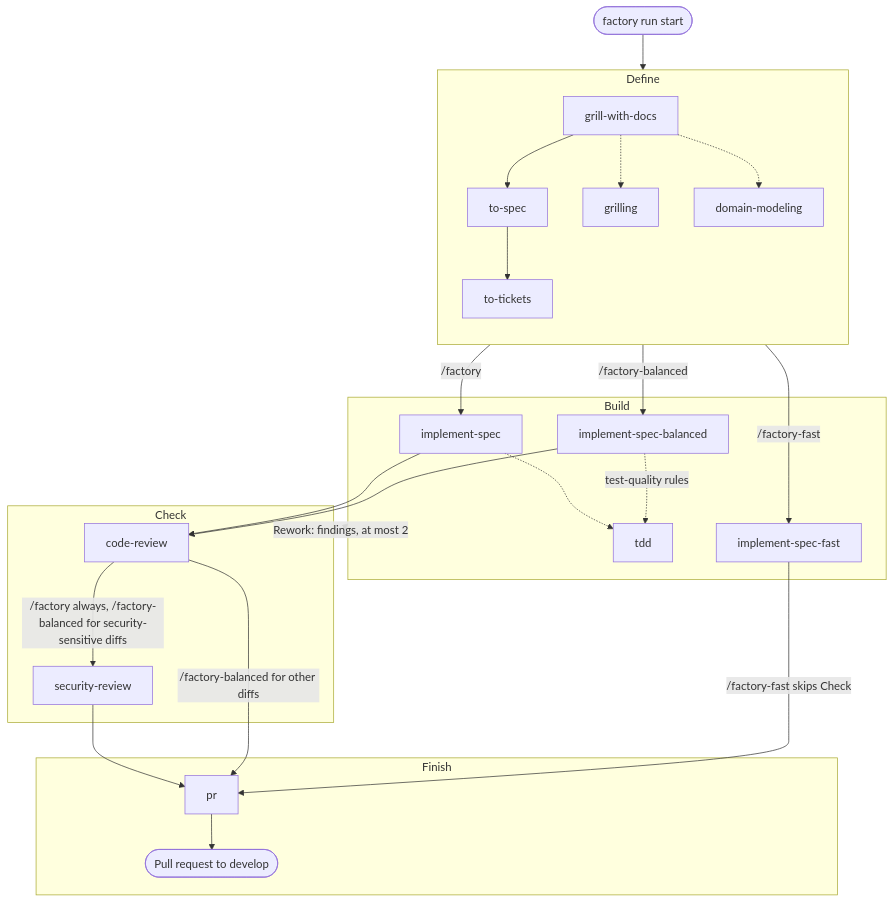
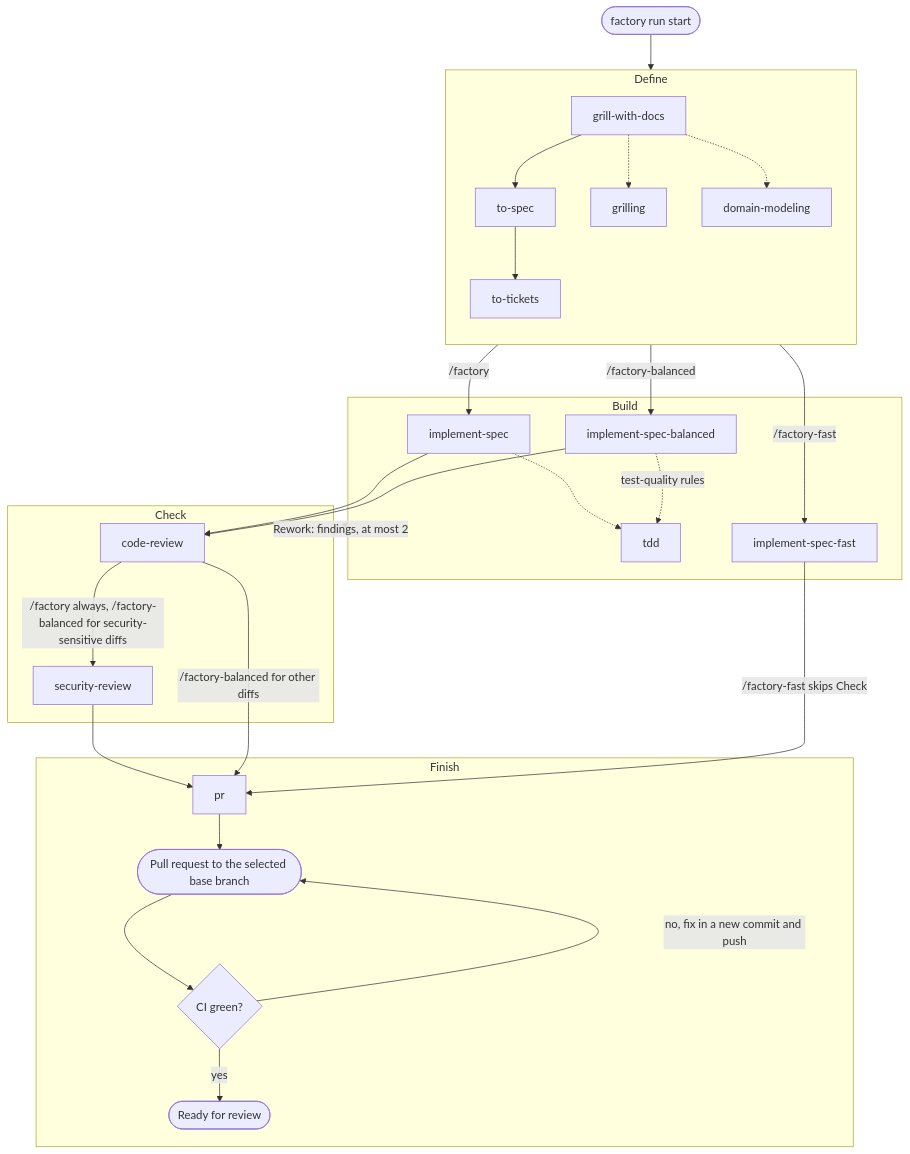
One commit to TDSchreur/jidoka changed the diagram in README.md. Above: the diagram before and after it, drawn with Mermaid. The commit also changed other lines of this file and 5 other files, not shown here.

````diff
--- a/README.md
+++ b/README.md
@@ -130,35 +130,38 @@
 ```mermaid
 flowchart TB
     start([factory run start]) --> define
 
     subgraph define [Define]
         direction TB
         grill[grill-with-docs] --> spec[to-spec] --> tickets[to-tickets]
         grill -.-> grilling[grilling]
         grill -.-> domain[domain-modeling]
     end
 
     subgraph build [Build]
         impl[implement-spec] -.-> tdd[tdd]
         implbal[implement-spec-balanced] -.->|test-quality rules| tdd
         implfast[implement-spec-fast]
     end
 
     subgraph check [Check]
         review[code-review] -->|/factory always, /factory-balanced for security-sensitive diffs| security[security-review]
     end
 
     subgraph finish [Finish]
-        pr[pr] --> pull([Pull request to develop])
+        pr[pr] --> pull([Pull request to the selected base branch])
+        pull --> ci{CI green?}
+        ci -->|no, fix in a new commit and push| pull
+        ci -->|yes| done([Ready for review])
     end
 
     define -->|/factory| impl
     define -->|/factory-balanced| implbal
     define -->|/factory-fast| implfast
     impl --> review
     implbal --> review
     check -.->|Rework: findings, at most 2| build
     security --> pr
     review -->|/factory-balanced for other diffs| pr
     implfast -->|/factory-fast skips Check| pr
 ```
````
